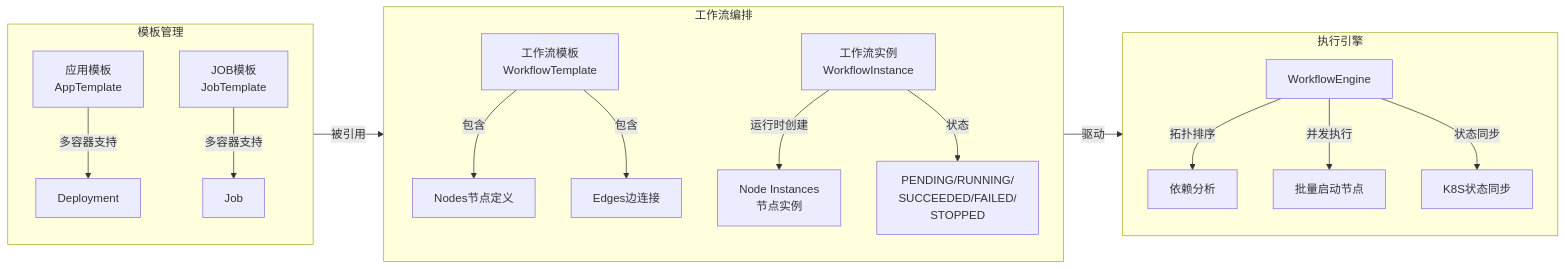
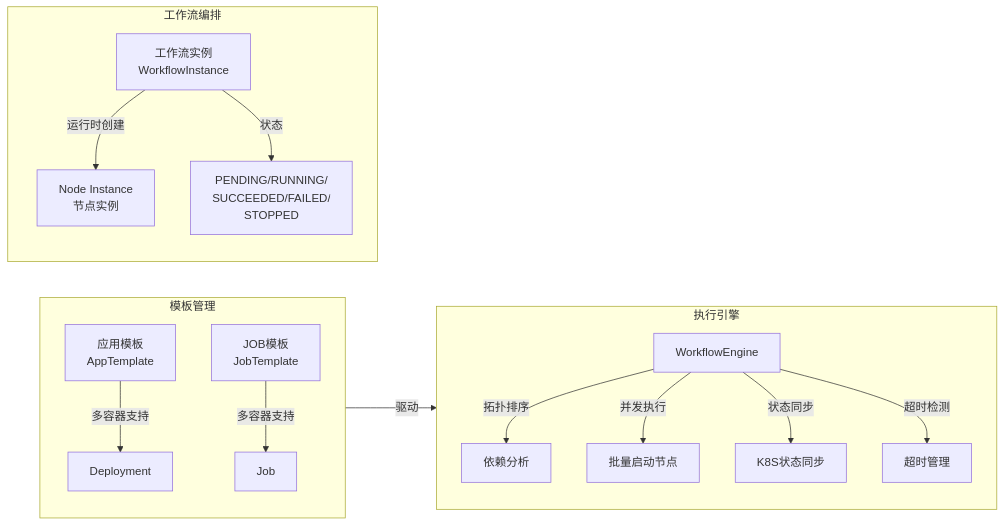
The second of 5 diagrams in 13-secflow-service/image_build/secflow-platform-workflow/doc/ARCHITECTURE.md (runshine/sothoth), drawn with Mermaid before and after one commit. The commit also changed other lines of this file and 9 other files, not shown here.

````diff
--- a/13-secflow-service/image_build/secflow-platform-workflow/doc/ARCHITECTURE.md
+++ b/13-secflow-service/image_build/secflow-platform-workflow/doc/ARCHITECTURE.md
@@ -81,24 +77,21 @@
 ```mermaid
 flowchart LR
     subgraph Templates["模板管理"]
         A[应用模板<br/>AppTemplate] -->|"多容器支持"| A1[Deployment]
         B[JOB模板<br/>JobTemplate] -->|"多容器支持"| B1[Job]
     end
 
     subgraph Workflow["工作流编排"]
-        C[工作流模板<br/>WorkflowTemplate] -->|"包含"| C1[Nodes节点定义]
-        C -->|"包含"| C2[Edges边连接]
-
-        D[工作流实例<br/>WorkflowInstance] -->|"运行时创建"| D1[Node Instances<br/>节点实例]
+        D[工作流实例<br/>WorkflowInstance] -->|"运行时创建"| D1[Node Instance<br/>节点实例]
         D -->|"状态"| D2[PENDING/RUNNING/<br/>SUCCEEDED/FAILED/<br/>STOPPED]
     end
 
     subgraph Execution["执行引擎"]
         E[WorkflowEngine] -->|"拓扑排序"| E1[依赖分析]
         E -->|"并发执行"| E2[批量启动节点]
         E -->|"状态同步"| E3[K8S状态同步]
+        E -->|"超时检测"| E4[超时管理]
     end
 
-    Templates -->|被引用| Workflow
-    Workflow -->|驱动| Execution
+    Templates -->|驱动| Execution
 ```
````
